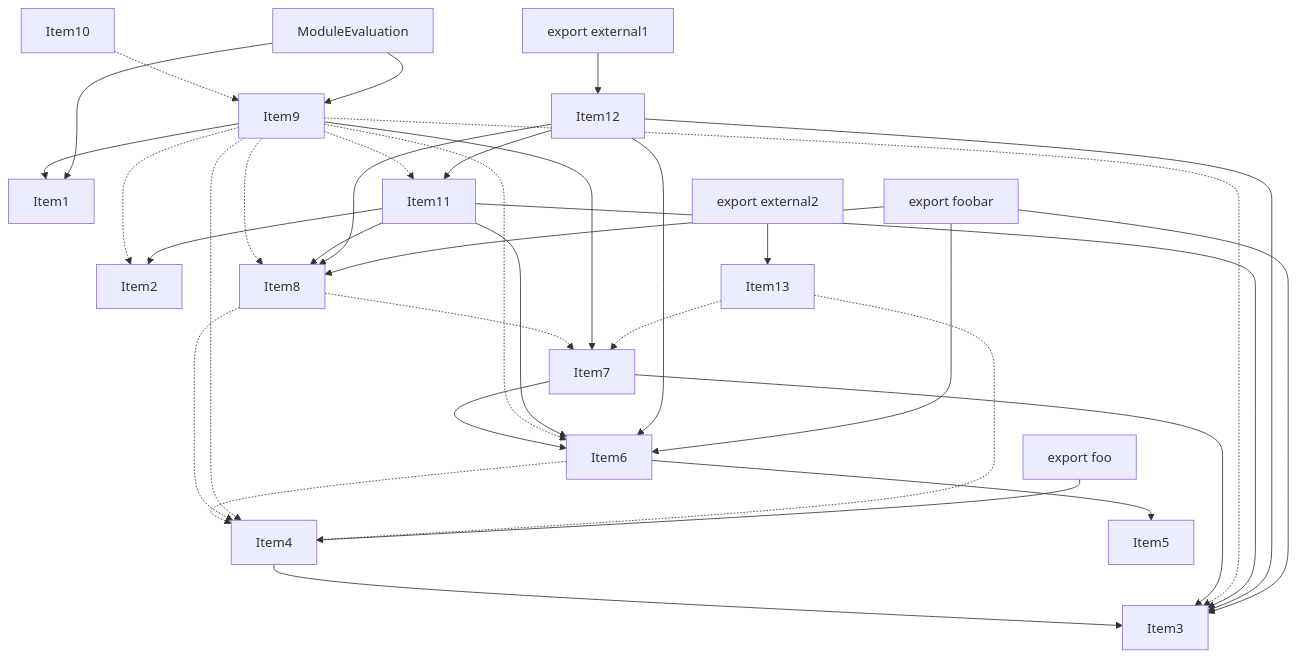
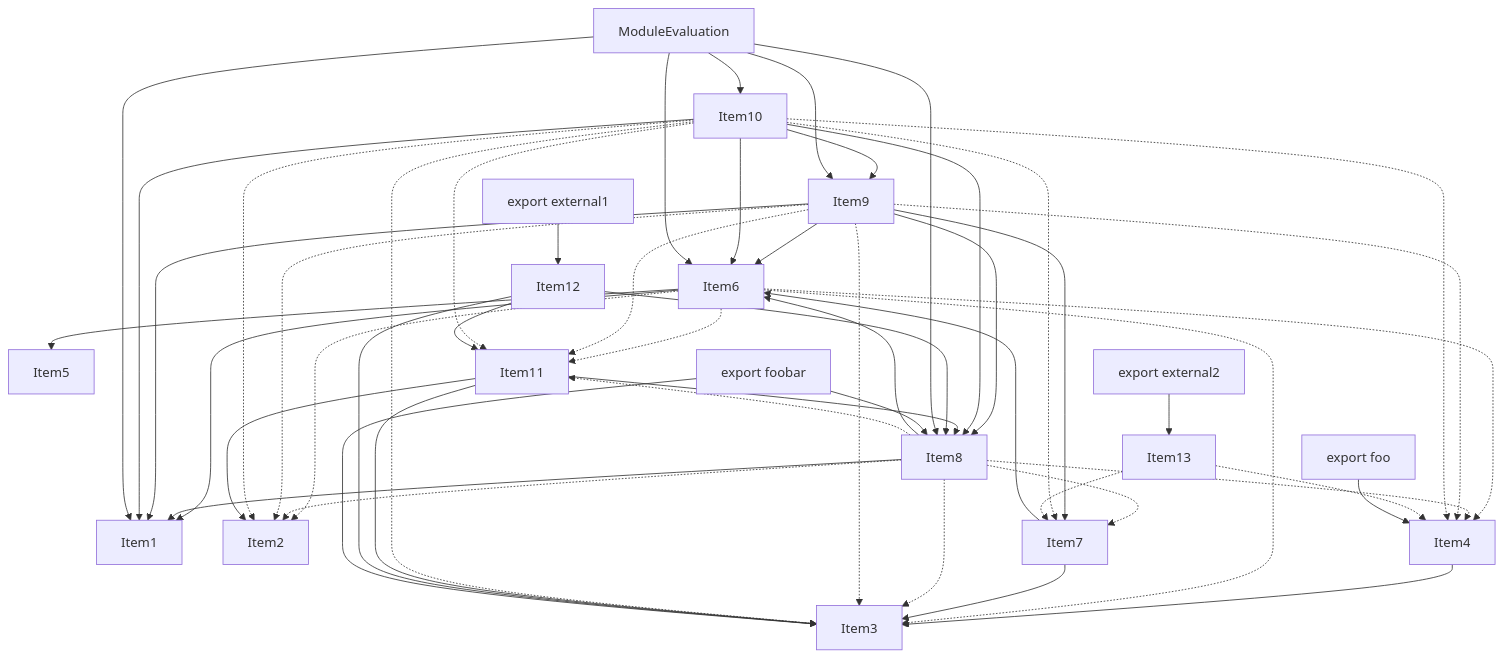
One commit to vercel/turborepo changed the fourth of 5 diagrams in crates/turbopack-ecmascript/tests/tree-shaker/analyzer/1/output.md. Above: the diagram before and after it, drawn with Mermaid. The commit also changed other lines of this file and 3 other files, not shown here.

````diff
--- a/crates/turbopack-ecmascript/tests/tree-shaker/analyzer/1/output.md
+++ b/crates/turbopack-ecmascript/tests/tree-shaker/analyzer/1/output.md
@@ -271,60 +306,77 @@
 ```mermaid
 graph TD
     Item1;
     Item2;
     Item3;
     Item4;
     Item5;
     Item6;
     Item7;
     Item8;
     Item9;
     Item10;
     Item11;
     Item12;
     Item13;
     Item14;
     Item14["ModuleEvaluation"];
     Item15;
     Item15["export foobar"];
     Item16;
     Item16["export foo"];
     Item17;
     Item17["export external1"];
     Item18;
     Item18["export external2"];
     Item4 --> Item3;
     Item6 --> Item5;
     Item6 -.-> Item4;
+    Item6 --> Item1;
+    Item6 -.-> Item2;
+    Item6 -.-> Item3;
+    Item6 -.-> Item11;
     Item7 --> Item3;
     Item7 --> Item6;
     Item8 -.-> Item4;
     Item8 -.-> Item7;
+    Item8 --> Item1;
+    Item8 --> Item6;
+    Item8 -.-> Item2;
+    Item8 -.-> Item3;
+    Item8 -.-> Item11;
     Item9 --> Item7;
     Item9 --> Item1;
+    Item9 --> Item6;
+    Item9 --> Item8;
     Item9 -.-> Item2;
     Item9 -.-> Item3;
-    Item9 -.-> Item6;
-    Item9 -.-> Item8;
     Item9 -.-> Item4;
     Item9 -.-> Item11;
-    Item10 -.-> Item9;
+    Item10 --> Item9;
+    Item10 --> Item1;
+    Item10 --> Item6;
+    Item10 --> Item8;
+    Item10 -.-> Item2;
+    Item10 -.-> Item3;
+    Item10 -.-> Item4;
+    Item10 -.-> Item7;
+    Item10 -.-> Item11;
     Item11 --> Item2;
     Item11 --> Item3;
-    Item11 --> Item6;
     Item11 --> Item8;
     Item12 --> Item11;
     Item12 --> Item3;
-    Item12 --> Item6;
     Item12 --> Item8;
     Item13 -.-> Item4;
     Item13 -.-> Item7;
     Item14 --> Item1;
+    Item14 --> Item6;
+    Item14 --> Item8;
     Item14 --> Item9;
+    Item14 --> Item10;
     Item15 --> Item3;
-    Item15 --> Item6;
     Item15 --> Item8;
     Item16 --> Item4;
     Item17 --> Item12;
     Item18 --> Item13;
 ```
````
